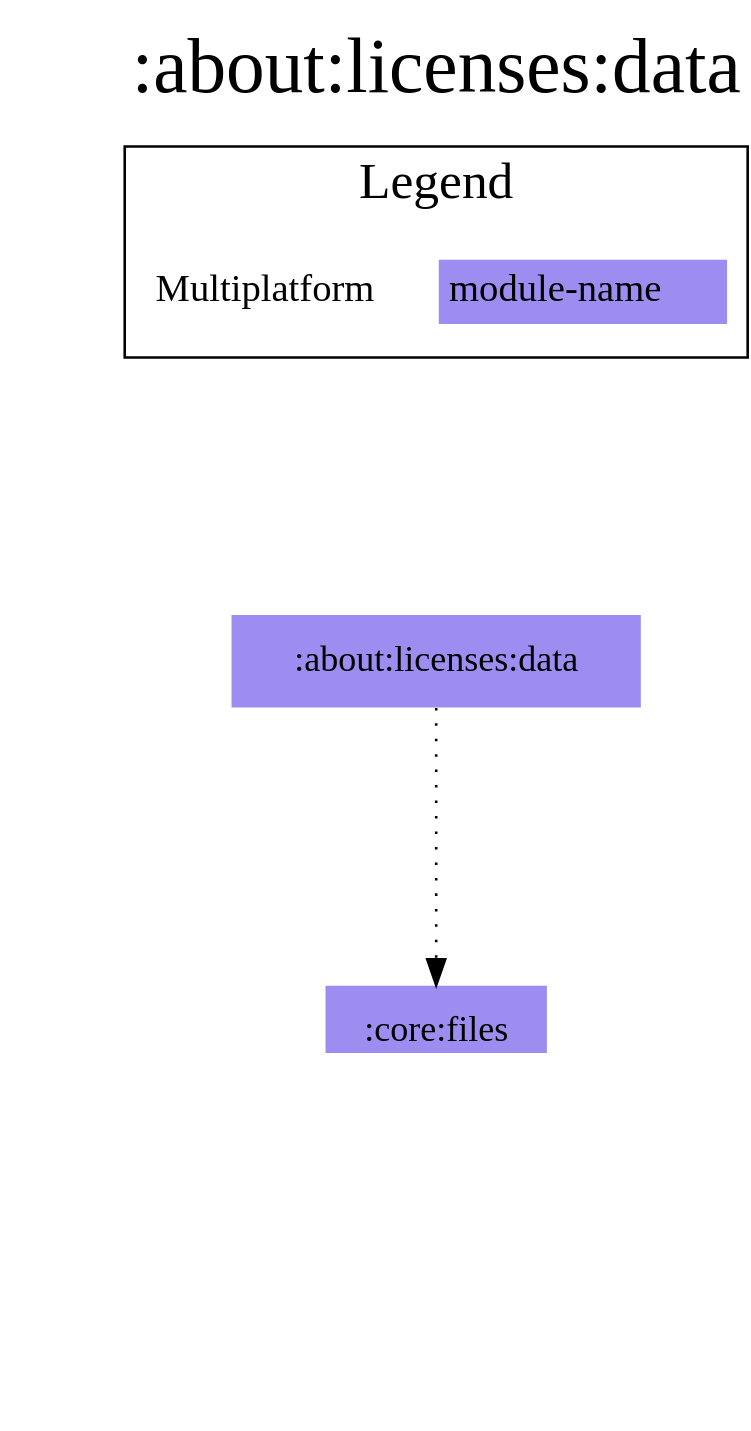
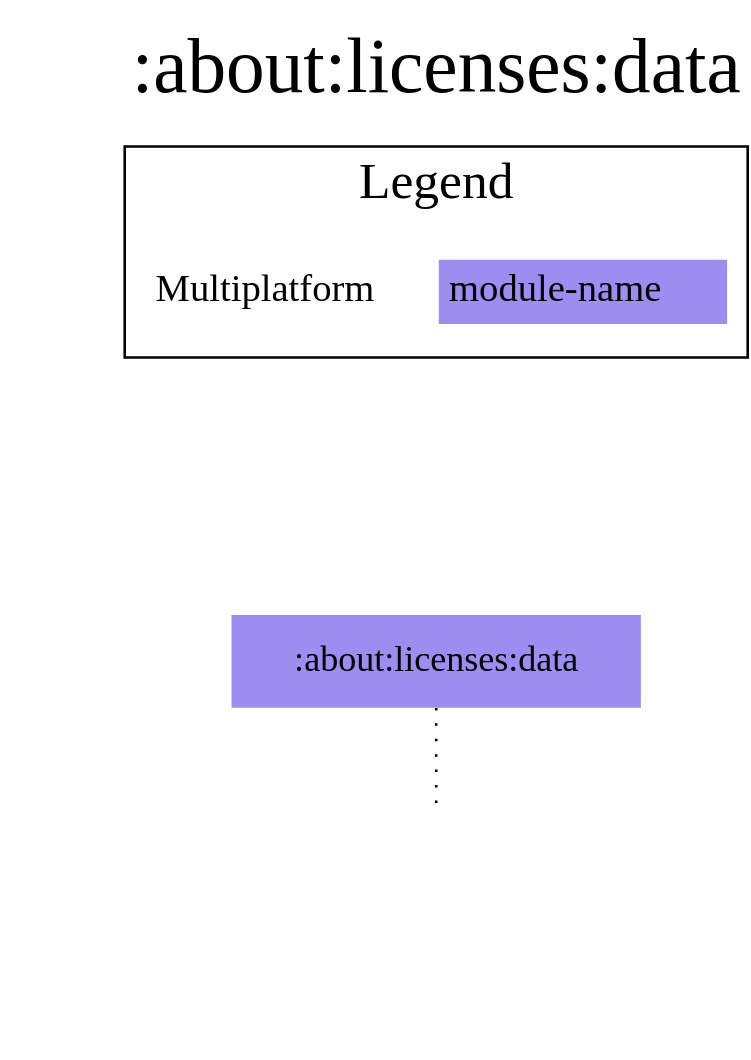
One commit to jonapoul/aktual changed the diagram in modules/about/licenses/data/modules.dot. Above: the diagram before and after it, drawn with Graphviz. The commit also changed 51 other files, not shown here.

```diff
--- a/modules/about/licenses/data/modules.dot
+++ b/modules/about/licenses/data/modules.dot
@@ -1,23 +1,21 @@
 digraph {
 edge ["dir"="forward"]
 graph ["dpi"="100","label"=":about:licenses:data","labelloc"="t","fontsize"="30","ranksep"="1.5","rankdir"="TB"]
 node ["style"="filled"]
 ":about:licenses:data" ["fillcolor"="#9D8DF1","shape"="none"]
-":budget:model" ["fillcolor"="#9D8DF1","shape"="none"]
-":core:files" ["fillcolor"="#9D8DF1","shape"="none"]
+":core:model" ["fillcolor"="#9D8DF1","shape"="none"]
 {
 edge ["dir"="none"]
 graph ["rank"="same"]
 }
-":about:licenses:data" -> ":core:files" ["style"="dotted"]
-":core:files" -> ":budget:model"
+":about:licenses:data" -> ":core:model" ["style"="dotted"]
 subgraph "cluster_legend" {
 edge ["dir"="none"]
 graph ["label"="Legend","fontsize"="20"]
 "Legend" ["style"="filled","fillcolor"="#FFFFFF","shape"="none","margin"="0","fontsize"="15","label"=<
 <TABLE BORDER="0" CELLBORDER="0" CELLSPACING="0" CELLPADDING="4">
 <TR><TD>Multiplatform</TD><TD BGCOLOR="#9D8DF1">module-name</TD></TR>
 </TABLE>
 >]
 } -> ":about:licenses:data" ["style"="invis"]
 }
```
